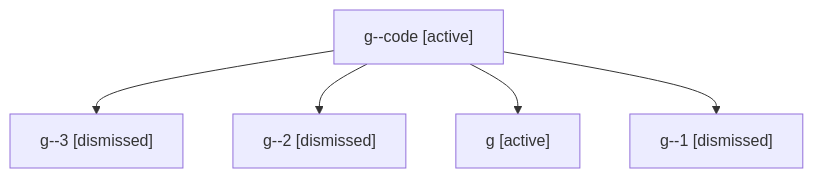
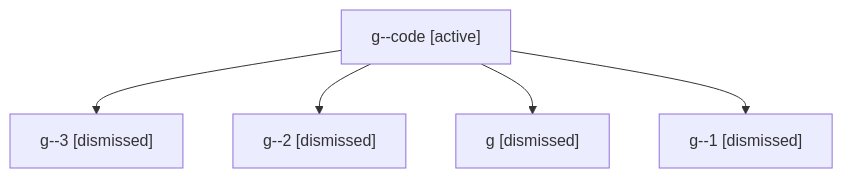
One commit to sase-org/sase--agents changed the diagram in sessions/bbugyi200.athena.g.md. Above: the diagram before and after it, drawn with Mermaid. The commit also changed other lines of this file and 18 other files, not shown here.

````diff
--- a/sessions/bbugyi200.athena.g.md
+++ b/sessions/bbugyi200.athena.g.md
@@ -9,12 +9,12 @@
 ```mermaid
 flowchart TD
   n0["g--code [active]"]
   n1["g--3 [dismissed]"]
   n0 --> n1
   n2["g--2 [dismissed]"]
   n0 --> n2
-  n3["g [active]"]
+  n3["g [dismissed]"]
   n0 --> n3
   n4["g--1 [dismissed]"]
   n0 --> n4
 ```
````
